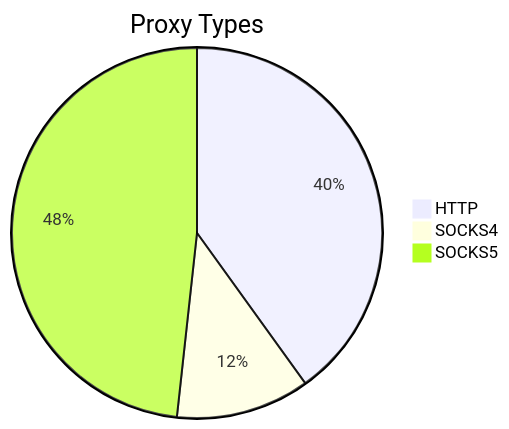
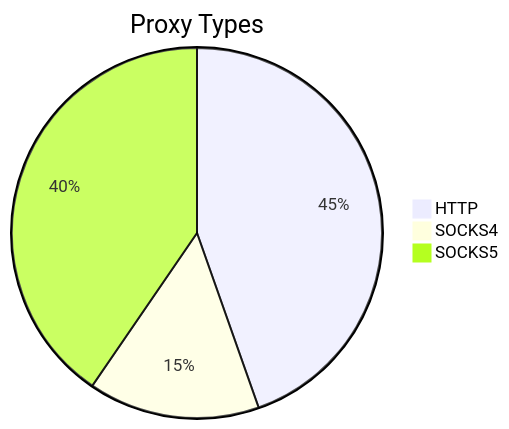
Before and after one commit to stormsia/proxy-list: the first of 2 diagrams in README.md, drawn with Mermaid. The commit also changed other lines of this file, not shown here.

````diff
--- a/README.md
+++ b/README.md
@@ -21,6 +21,6 @@
 ```mermaid
 pie title Proxy Types
-    "HTTP" : 254
-    "SOCKS4" : 74
-    "SOCKS5" : 306
+    "HTTP" : 450
+    "SOCKS4" : 151
+    "SOCKS5" : 408
 ```
````
